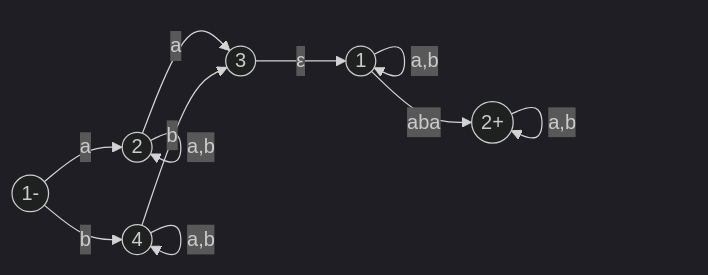
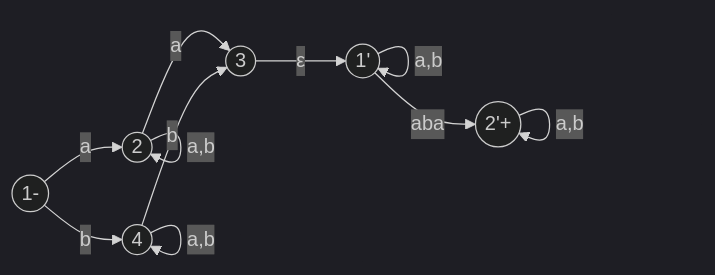
One commit to ufidon/ct changed the seventh of 29 diagrams in mod1/rl.md. Above: the diagram before and after it, drawn with Mermaid (dark theme). The commit also changed other lines of this file and 1 other file, not shown here.

````diff
--- a/mod1/rl.md
+++ b/mod1/rl.md
@@ -117,19 +124,19 @@
 ```mermaid
 flowchart LR
 p1(("1-"))
 p2(("2"))
 p3(("3"))
 p4(("4"))
 p1-->|a|p2
 p2-->|"a,b"|p2
 p1-->|b|p4
 p2-->|a|p3
 p4-->|b|p3
 p4-->|"a,b"|p4
 p3-->|ε|q1
-q1(("1"))
+q1(("1'"))
 q1-->|"a,b"|q1
-q2(("2+"))
+q2(("2'+"))
 q2-->|"a,b"|q2
 q1-->|"aba"|q2
 ```
````
